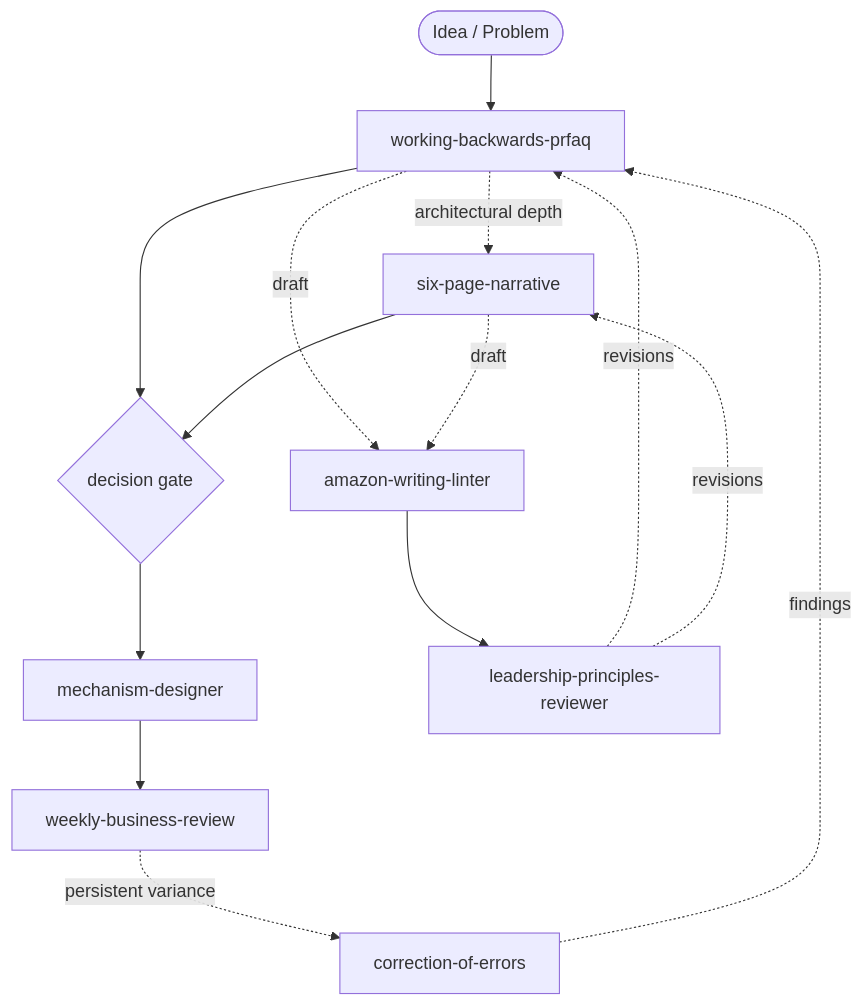
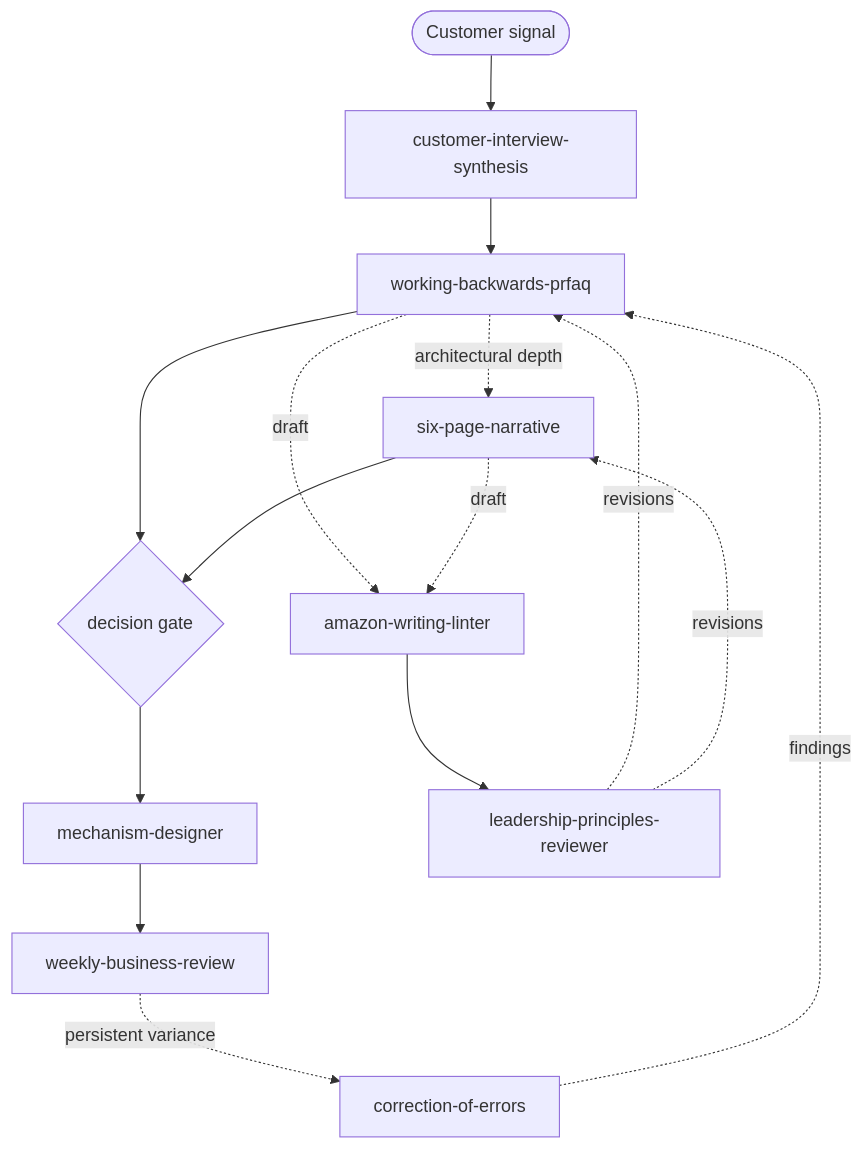
One commit to ford-at-home/amazonian changed the diagram in README.md. Above: the diagram before and after it, drawn with Mermaid. The commit also changed other lines of this file and 3 other files, not shown here.

First line of the commit message:
feat(skills): add customer-interview-synthesis (Discover → Define)

````diff
--- a/README.md
+++ b/README.md
@@ -42,17 +42,18 @@
 ```mermaid
 flowchart TD
-    Idea([Idea / Problem]) --> PRFAQ[working-backwards-prfaq]
+    Signal([Customer signal]) --> CIS[customer-interview-synthesis]
+    CIS --> PRFAQ[working-backwards-prfaq]
     PRFAQ -.->|architectural depth| SIX[six-page-narrative]
     PRFAQ --> GATE{decision gate}
     SIX --> GATE
     GATE --> MECH[mechanism-designer]
     MECH --> WBR[weekly-business-review]
     WBR -.->|persistent variance| COE[correction-of-errors]
     COE -.->|findings| PRFAQ
 
     PRFAQ -.->|draft| LINT[amazon-writing-linter]
     SIX -.->|draft| LINT
     LINT --> LPR[leadership-principles-reviewer]
     LPR -.->|revisions| PRFAQ
     LPR -.->|revisions| SIX
 ```
````
